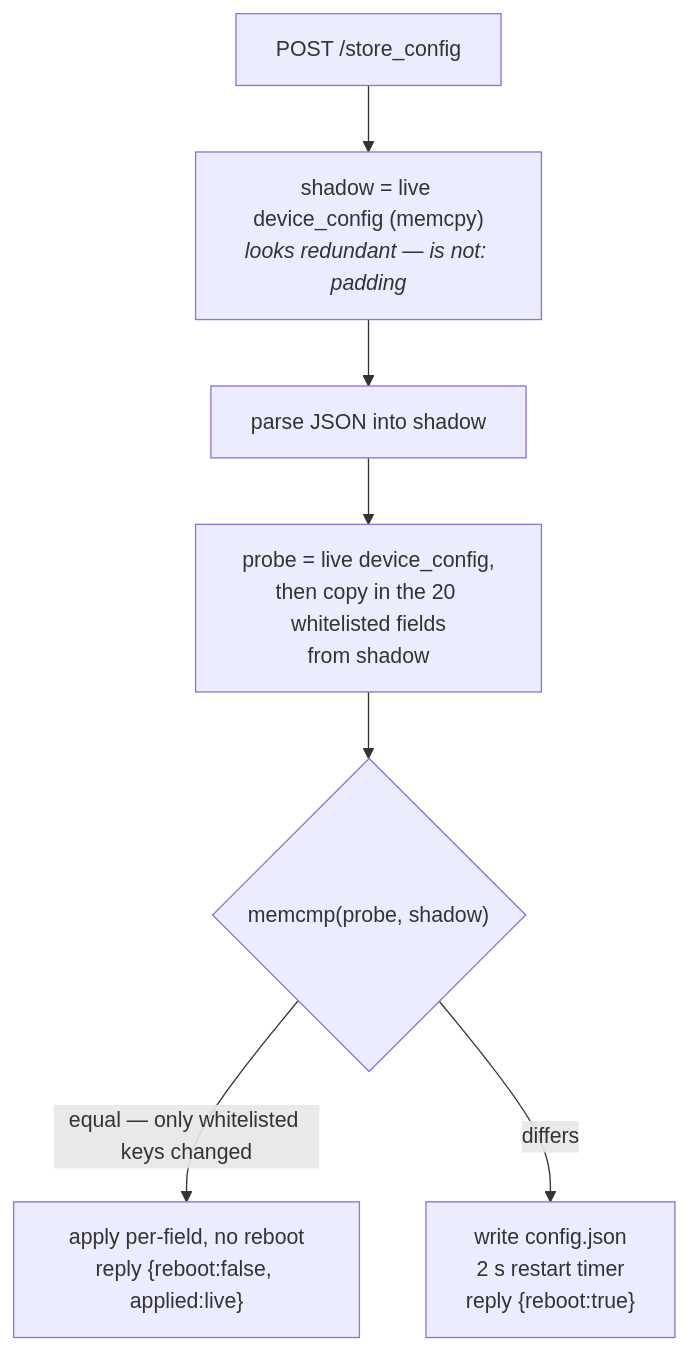
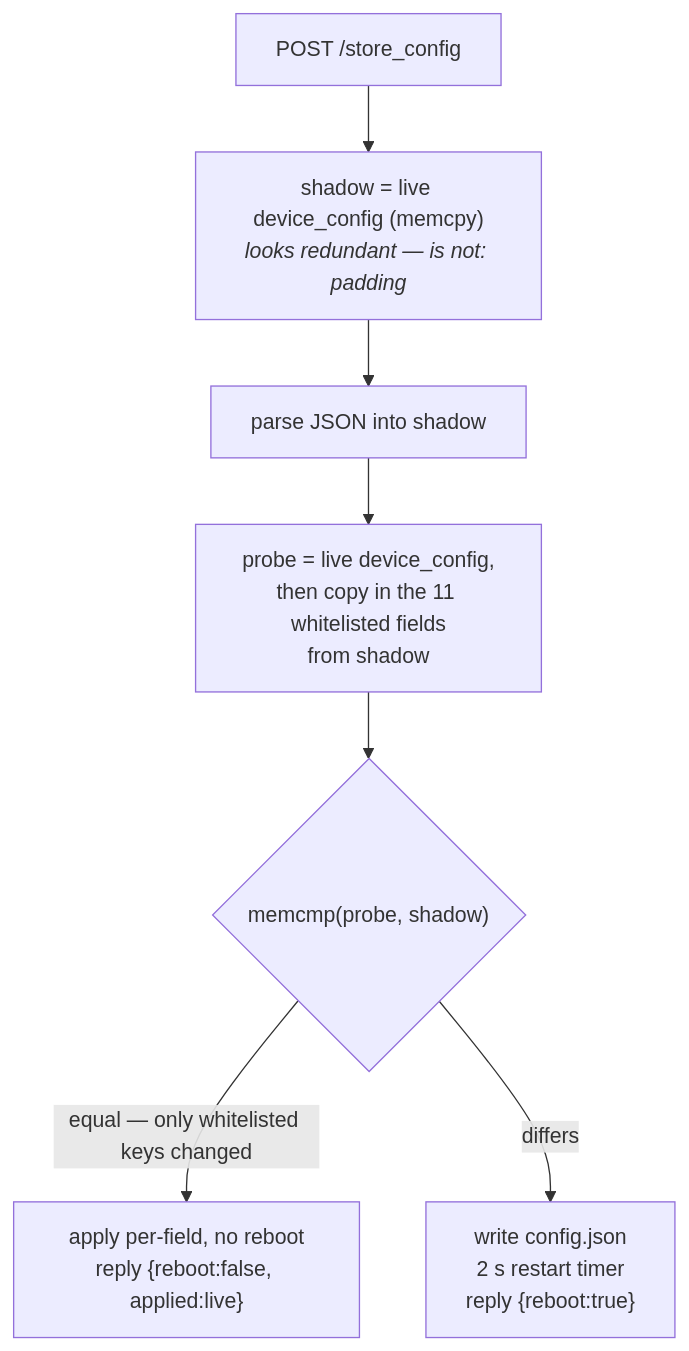
Before and after one commit to cdufresne81/nc-flash-wican-fw: the fifth of 5 diagrams in docs/internals/architecture.md, drawn with Mermaid. The commit also changed other lines of this file and 15 other files, not shown here.

````diff
--- a/docs/internals/architecture.md
+++ b/docs/internals/architecture.md
@@ -645,9 +643,9 @@
 ```mermaid
 flowchart TB
     POST["POST /store_config"] --> SH["shadow = live device_config (memcpy)<br/><i>looks redundant — is not: padding</i>"]
     SH --> PARSE["parse JSON into shadow"]
-    PARSE --> PR["probe = live device_config,<br/>then copy in the 20 whitelisted fields<br/>from shadow"]
+    PARSE --> PR["probe = live device_config,<br/>then copy in the 11 whitelisted fields<br/>from shadow"]
     PR --> EQ{"memcmp(probe, shadow)"}
     EQ -->|"equal — only whitelisted keys changed"| LIVE["apply per-field, no reboot<br/>reply {reboot:false, applied:live}"]
     EQ -->|"differs"| RB["write config.json<br/>2 s restart timer<br/>reply {reboot:true}"]
 ```
````
